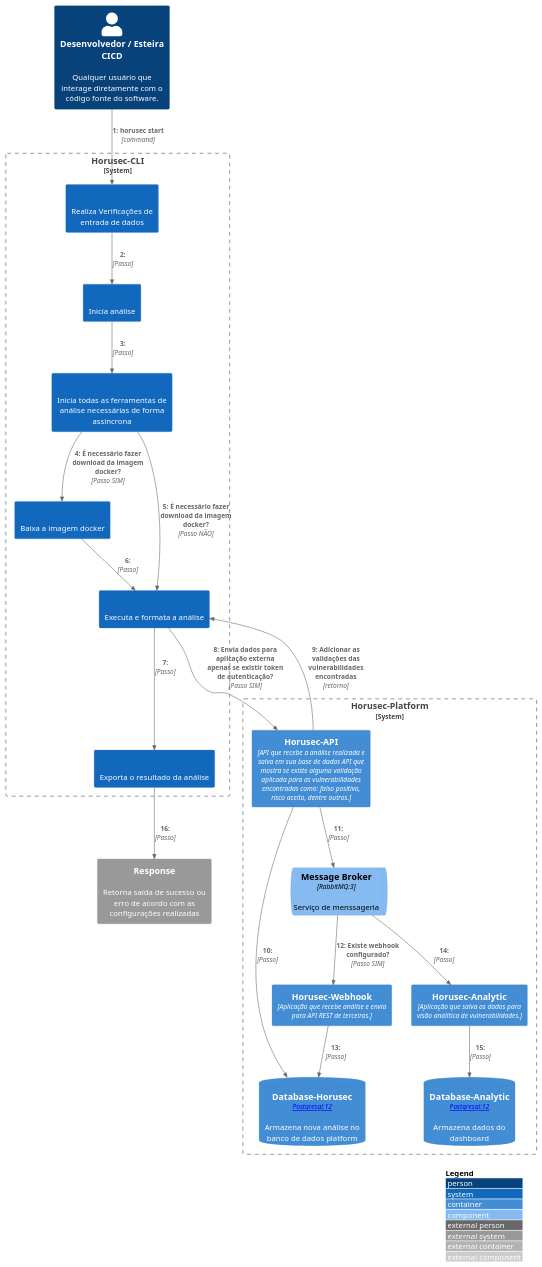
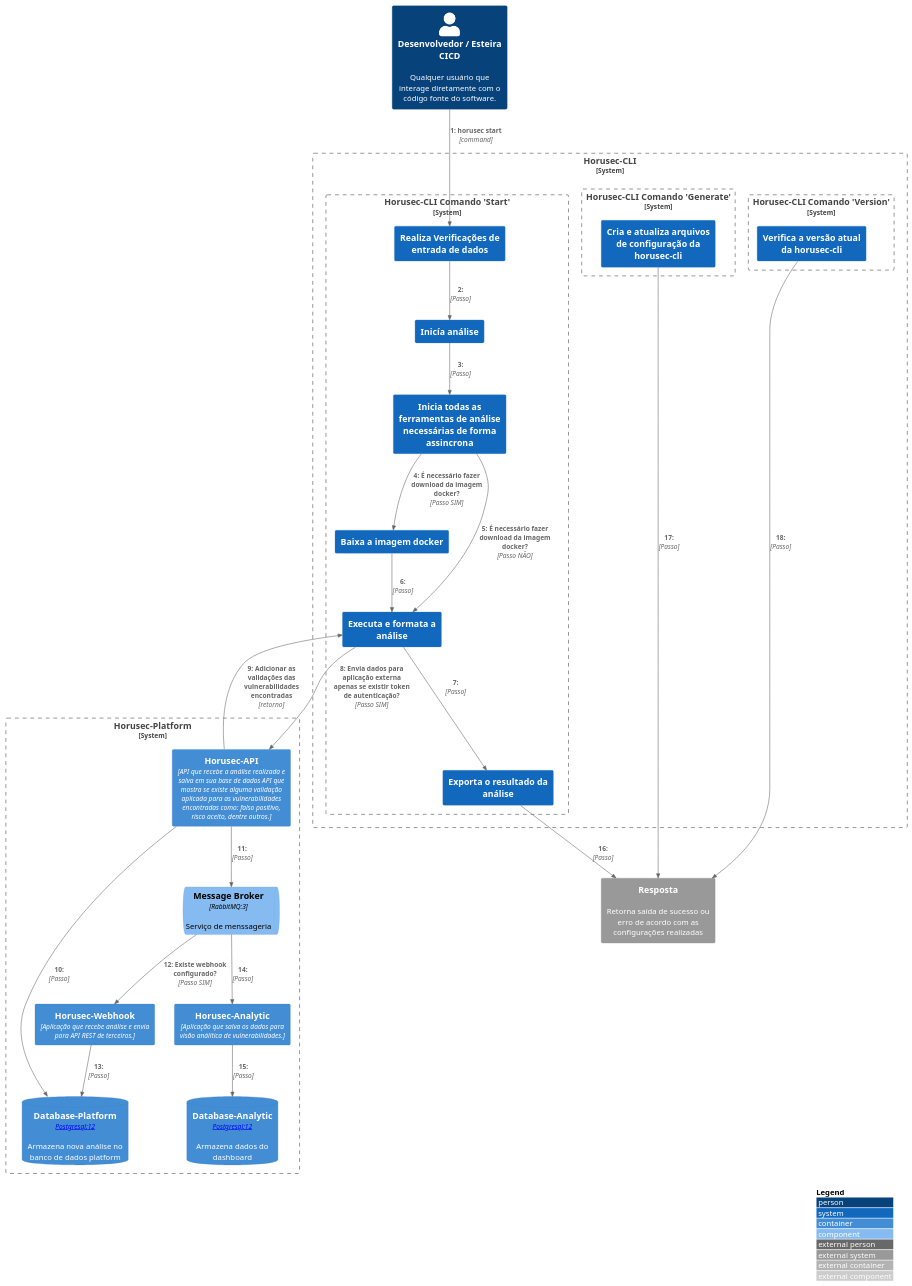
The diagram in src/Horusec-CLI/C2-Model/c2.puml (ZupIT/horusec-c4model), drawn with PlantUML before and after one commit. The commit also changed 37 other files, not shown here.

Commit message:
Finish Horusec C4 Model Horusec-CLI

```diff
--- a/src/Horusec-CLI/C2-Model/c2.puml
+++ b/src/Horusec-CLI/C2-Model/c2.puml
@@ -1,51 +1,60 @@
 @startuml horusec-cli-c2
 
 !include https://raw.githubusercontent.com/adrianvlupu/C4-PlantUML/latest/C4_Context.puml
 !include https://raw.githubusercontent.com/adrianvlupu/C4-PlantUML/latest/C4_Component.puml
 !include https://raw.githubusercontent.com/adrianvlupu/C4-PlantUML/latest/C4_Container.puml
 !include https://raw.githubusercontent.com/adrianvlupu/C4-PlantUML/latest/C4_Deployment.puml
 !include https://raw.githubusercontent.com/adrianvlupu/C4-PlantUML/latest/C4_Dynamic.puml
 LAYOUT_WITH_LEGEND()
 
 Person(user, "Desenvolvedor / Esteira CICD", "Qualquer usuário que interage diretamente com o código fonte do software.")
 
 System_Boundary(horusecCLI, "Horusec-CLI") {
-    System(horusecCLIPhase1, "", "Realiza Verificações de entrada de dados")
-    System(horusecCLIPhase2, "", "Inicía análise")
-    System(horusecCLIPhase3, "", "Inicia todas as ferramentas de análise necessárias de forma assincrona")
-    System(horusecCLIPhase4_1, "", "Baixa a imagem docker")
-    System(horusecCLIPhase4_2, "", "Executa e formata a análise")
-    System(horusecCLIPhase5, "", "Exporta o resultado da análise")
+    System_Boundary(commandStart, "Horusec-CLI Comando 'Start'") {
+        System(commandStartPhase1, "Realiza Verificações de entrada de dados", "")
+        System(commandStartPhase2, "Inicía análise", "")
+        System(commandStartPhase3, "Inicia todas as ferramentas de análise necessárias de forma assincrona", "")
+        System(commandStartPhase4_1, "Baixa a imagem docker", "")
+        System(commandStartPhase4_2, "Executa e formata a análise", "")
+        System(commandStartPhase5, "Exporta o resultado da análise", "")
+    }
+    System_Boundary(commandGenerate, "Horusec-CLI Comando 'Generate'") {
+        System(commandGeneratePhase1, "Cria e atualiza arquivos de configuração da horusec-cli", "")
+    }
+    System_Boundary(commandVersion, "Horusec-CLI Comando 'Version'") {
+        System(commandVersionPhase1, "Verifica a versão atual da horusec-cli", "")
+    }
 }
 
-System_Ext(horusecResponse, "Response", "Retorna saída de sucesso ou erro de acordo com as configurações realizadas", "")
+System_Ext(horusecResponse, "Resposta", "Retorna saída de sucesso ou erro de acordo com as configurações realizadas", "")
 
 System_Boundary(horusecPlatform, "Horusec-Platform") {
     Container(horusecPlatformAPI, "Horusec-API", "API que recebe a análise realizada e salva em sua base de dados API que mostra se existe alguma validação aplicada para as vulnerabilidades encontradas como: falso positivo, risco aceito, dentre outros.")
-    ContainerDb(HorusecPlatformDatabase, "Database-Horusec", "[Container: Postgresql:12]", "Armazena nova análise no banco de dados platform")
+    ContainerDb(HorusecPlatformDatabase, "Database-Platform", "[Container: Postgresql:12]", "Armazena nova análise no banco de dados platform")
     ComponentQueue(horusecPlatformRabbitMQ, "Message Broker", "RabbitMQ:3", "Serviço de menssageria")
     Container(horusecWebhook, "Horusec-Webhook", "Aplicação que recebe análise e envia para API REST de terceiros.")
     Container(horusecAnalytic, "Horusec-Analytic", "Aplicação que salva os dados para visão análitica de vulnerabilidades.")
     ContainerDb(HorusecAnalyticDatabase, "Database-Analytic", "[Container: Postgresql:12]", "Armazena dados do dashboard")
 }
 
+Rel(user, commandStartPhase1, "horusec start", "command")
 
-Rel(user, horusecCLIPhase1, "horusec start", "command")
-
-Rel(horusecCLIPhase1, horusecCLIPhase2, "", "Passo")
-Rel(horusecCLIPhase2, horusecCLIPhase3, "", "Passo")
-Rel(horusecCLIPhase3, horusecCLIPhase4_1, "É necessário fazer download da imagem docker?", "Passo SIM")
-Rel(horusecCLIPhase3, horusecCLIPhase4_2, "É necessário fazer download da imagem docker?", "Passo NÃO")
-Rel(horusecCLIPhase4_1, horusecCLIPhase4_2, "", "Passo")
-Rel(horusecCLIPhase4_2, horusecCLIPhase5, "", "Passo")
-Rel(horusecCLIPhase4_2, horusecPlatformAPI, "Envia dados para aplicação externa apenas se existir token de autenticação?", "Passo SIM")
-Rel(horusecPlatformAPI, horusecCLIPhase4_2, "Adicionar as validações das vulnerabilidades encontradas", "retorno")
+Rel(commandStartPhase1, commandStartPhase2, "", "Passo")
+Rel(commandStartPhase2, commandStartPhase3, "", "Passo")
+Rel(commandStartPhase3, commandStartPhase4_1, "É necessário fazer download da imagem docker?", "Passo SIM")
+Rel(commandStartPhase3, commandStartPhase4_2, "É necessário fazer download da imagem docker?", "Passo NÃO")
+Rel(commandStartPhase4_1, commandStartPhase4_2, "", "Passo")
+Rel(commandStartPhase4_2, commandStartPhase5, "", "Passo")
+Rel(commandStartPhase4_2, horusecPlatformAPI, "Envia dados para aplicação externa apenas se existir token de autenticação?", "Passo SIM")
+Rel(horusecPlatformAPI, commandStartPhase4_2, "Adicionar as validações das vulnerabilidades encontradas", "retorno")
 Rel(horusecPlatformAPI, HorusecPlatformDatabase, "", "Passo")
 Rel(horusecPlatformAPI, horusecPlatformRabbitMQ, "", "Passo")
 Rel(horusecPlatformRabbitMQ, horusecWebhook, "Existe webhook configurado?", "Passo SIM")
 Rel(horusecWebhook, HorusecPlatformDatabase, "", "Passo")
 Rel(horusecPlatformRabbitMQ, horusecAnalytic, "", "Passo")
 Rel(horusecAnalytic, HorusecAnalyticDatabase, "", "Passo")
-Rel(horusecCLIPhase5, horusecResponse, "", "Passo")
+Rel(commandStartPhase5, horusecResponse, "", "Passo")
+Rel(commandGeneratePhase1, horusecResponse, "", "Passo")
+Rel(commandVersionPhase1, horusecResponse, "", "Passo")
 
 @enduml
```
